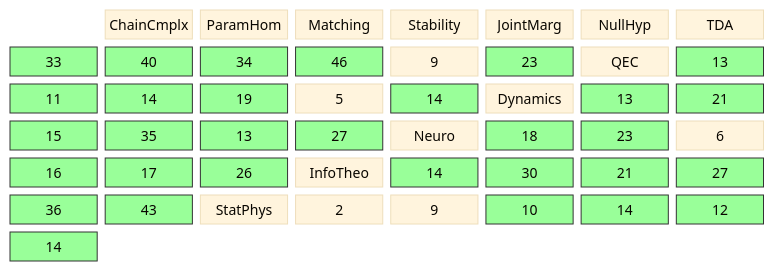
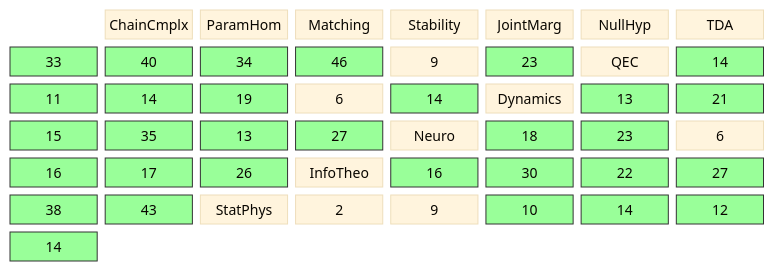
Before and after one commit to musicofhel/topoyolo: the diagram in diagrams/coverage-matrix.md, drawn with Mermaid. The commit also changed other lines of this file and 10 other files, not shown here.

````diff
--- a/diagrams/coverage-matrix.md
+++ b/diagrams/coverage-matrix.md
@@ -22,45 +22,45 @@
 ```mermaid
 %%{init: {'theme': 'base', 'themeVariables': {'fontSize': '14px'}}}%%
 block-beta
   columns 8
 
   space:1 CC["ChainCmplx"] PH["ParamHom"] MA["Matching"] ST["Stability"] JM["JointMarg"] NH["NullHyp"]
 
   TDA["TDA"] TDA_CC["33"] TDA_PH["40"] TDA_MA["34"] TDA_ST["46"] TDA_JM["9"] TDA_NH["23"]
-  QEC["QEC"] QEC_CC["13"] QEC_PH["11"] QEC_MA["14"] QEC_ST["19"] QEC_JM["5"] QEC_NH["14"]
+  QEC["QEC"] QEC_CC["14"] QEC_PH["11"] QEC_MA["14"] QEC_ST["19"] QEC_JM["6"] QEC_NH["14"]
   DYN["Dynamics"] DYN_CC["13"] DYN_PH["21"] DYN_MA["15"] DYN_ST["35"] DYN_JM["13"] DYN_NH["27"]
   NEU["Neuro"] NEU_CC["18"] NEU_PH["23"] NEU_MA["6"] NEU_ST["16"] NEU_JM["17"] NEU_NH["26"]
-  IT["InfoTheo"] IT_CC["14"] IT_PH["30"] IT_MA["21"] IT_ST["27"] IT_JM["36"] IT_NH["43"]
+  IT["InfoTheo"] IT_CC["16"] IT_PH["30"] IT_MA["22"] IT_ST["27"] IT_JM["38"] IT_NH["43"]
   SP["StatPhys"] SP_CC["2"] SP_PH["9"] SP_MA["10"] SP_ST["14"] SP_JM["12"] SP_NH["14"]
   style TDA_CC fill:#9f9,stroke:#333
   style TDA_PH fill:#9f9,stroke:#333
   style TDA_MA fill:#9f9,stroke:#333
   style TDA_ST fill:#9f9,stroke:#333
   style TDA_NH fill:#9f9,stroke:#333
   style QEC_CC fill:#9f9,stroke:#333
   style QEC_PH fill:#9f9,stroke:#333
   style QEC_MA fill:#9f9,stroke:#333
   style QEC_ST fill:#9f9,stroke:#333
   style QEC_NH fill:#9f9,stroke:#333
   style DYN_CC fill:#9f9,stroke:#333
   style DYN_PH fill:#9f9,stroke:#333
   style DYN_MA fill:#9f9,stroke:#333
   style DYN_ST fill:#9f9,stroke:#333
   style DYN_JM fill:#9f9,stroke:#333
   style DYN_NH fill:#9f9,stroke:#333
   style NEU_CC fill:#9f9,stroke:#333
   style NEU_PH fill:#9f9,stroke:#333
   style NEU_ST fill:#9f9,stroke:#333
   style NEU_JM fill:#9f9,stroke:#333
   style NEU_NH fill:#9f9,stroke:#333
   style IT_CC fill:#9f9,stroke:#333
   style IT_PH fill:#9f9,stroke:#333
   style IT_MA fill:#9f9,stroke:#333
   style IT_ST fill:#9f9,stroke:#333
   style IT_JM fill:#9f9,stroke:#333
   style IT_NH fill:#9f9,stroke:#333
   style SP_MA fill:#9f9,stroke:#333
   style SP_ST fill:#9f9,stroke:#333
   style SP_JM fill:#9f9,stroke:#333
   style SP_NH fill:#9f9,stroke:#333
 ```
````
